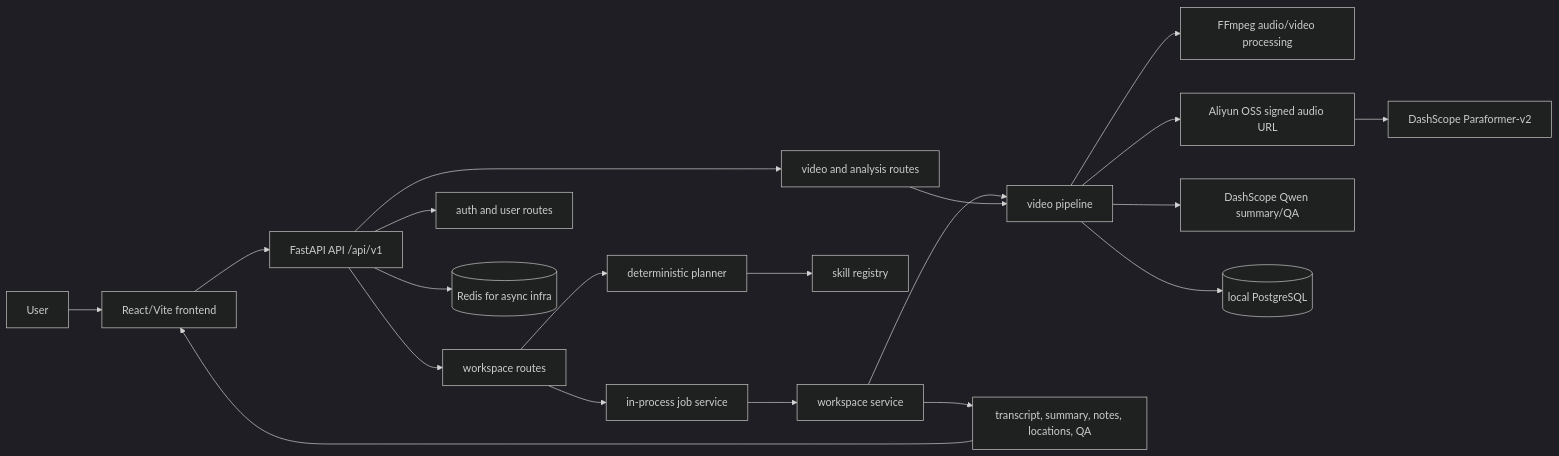
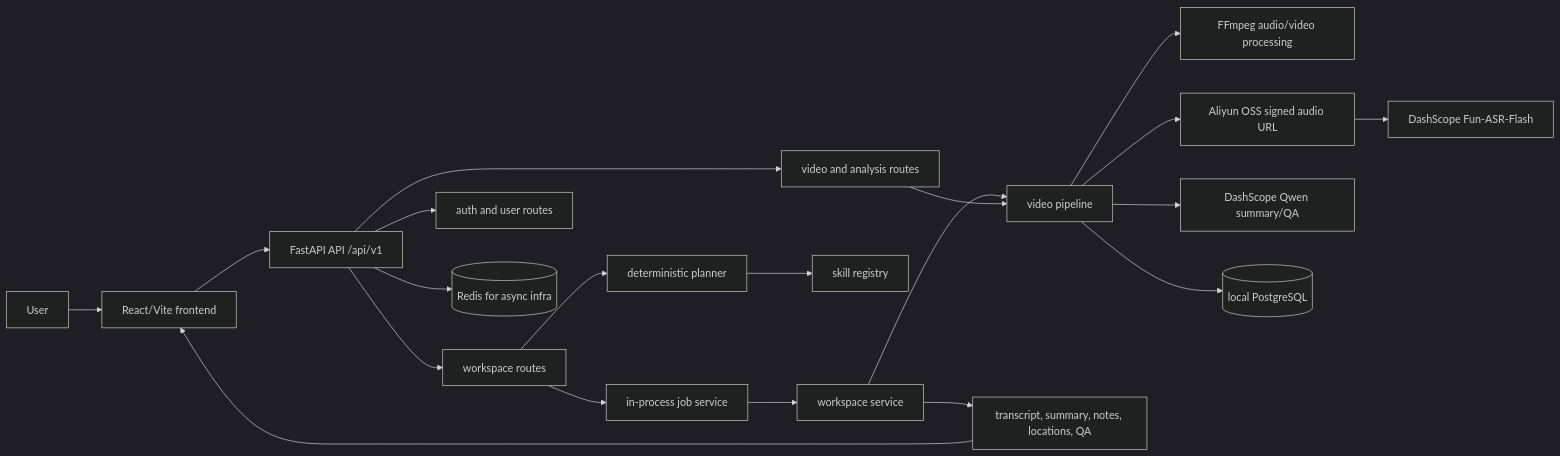
One commit to PCcoding666/Vidsnap changed the diagram in README.md. Above: the diagram before and after it, drawn with Mermaid (dark theme). The commit also changed other lines of this file and 11 other files, not shown here.

First line of the commit message:
fix: 声明对齐 ASR=Fun-ASR-Flash + 删除死代码/失效声明 (P0-1)

````diff
--- a/README.md
+++ b/README.md
@@ -153,26 +153,26 @@
 ```mermaid
 flowchart LR
     U[User] --> FE[React/Vite frontend]
     FE --> API[FastAPI API /api/v1]
 
     API --> WR[workspace routes]
     API --> VR[video and analysis routes]
     API --> AUTH[auth and user routes]
 
     WR --> Planner[deterministic planner]
     Planner --> Skills[skill registry]
     WR --> Jobs[in-process job service]
     Jobs --> Workspace[workspace service]
     Workspace --> Pipeline[video pipeline]
 
     VR --> Pipeline
     Pipeline --> FFmpeg[FFmpeg audio/video processing]
     Pipeline --> OSS[Aliyun OSS signed audio URL]
-    OSS --> ASR[DashScope Paraformer-v2]
+    OSS --> ASR[DashScope Fun-ASR-Flash]
     Pipeline --> LLM[DashScope Qwen summary/QA]
     Pipeline --> PG[(local PostgreSQL)]
     API --> Redis[(Redis for async infra)]
 
     Workspace --> Artifacts[transcript, summary, notes, locations, QA]
     Artifacts --> FE
 ```
````
